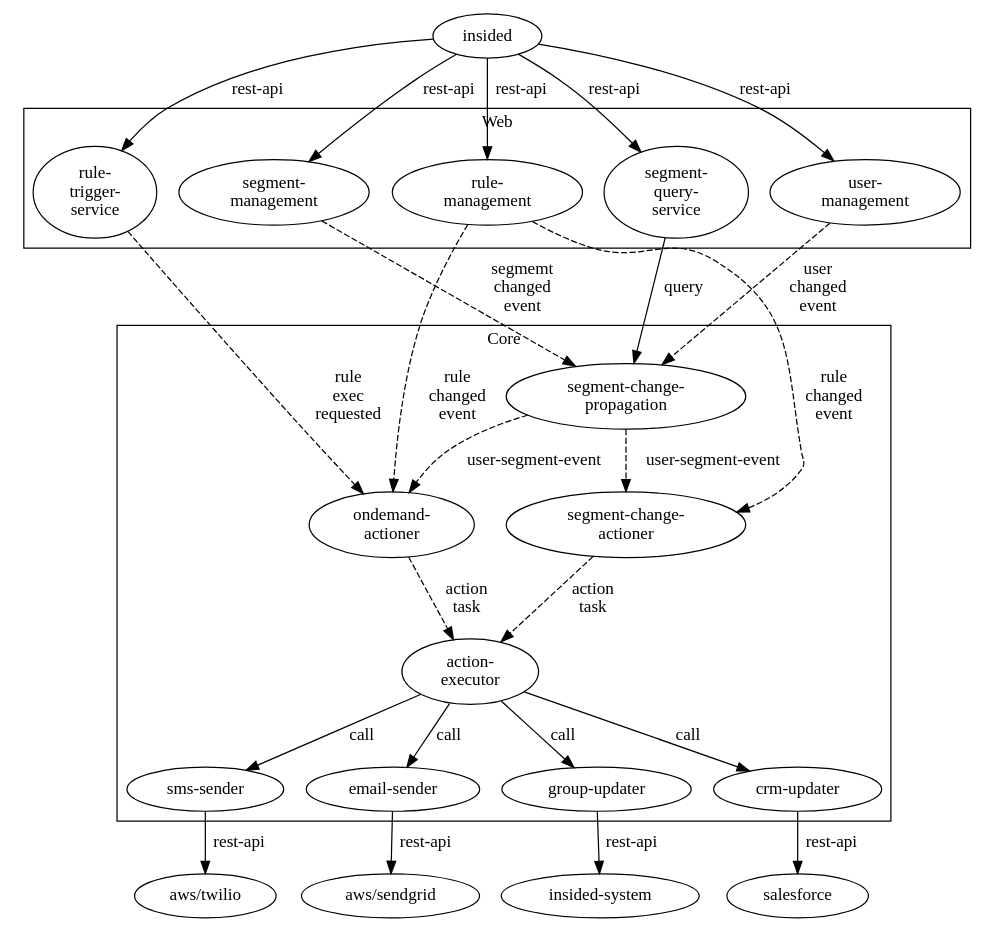
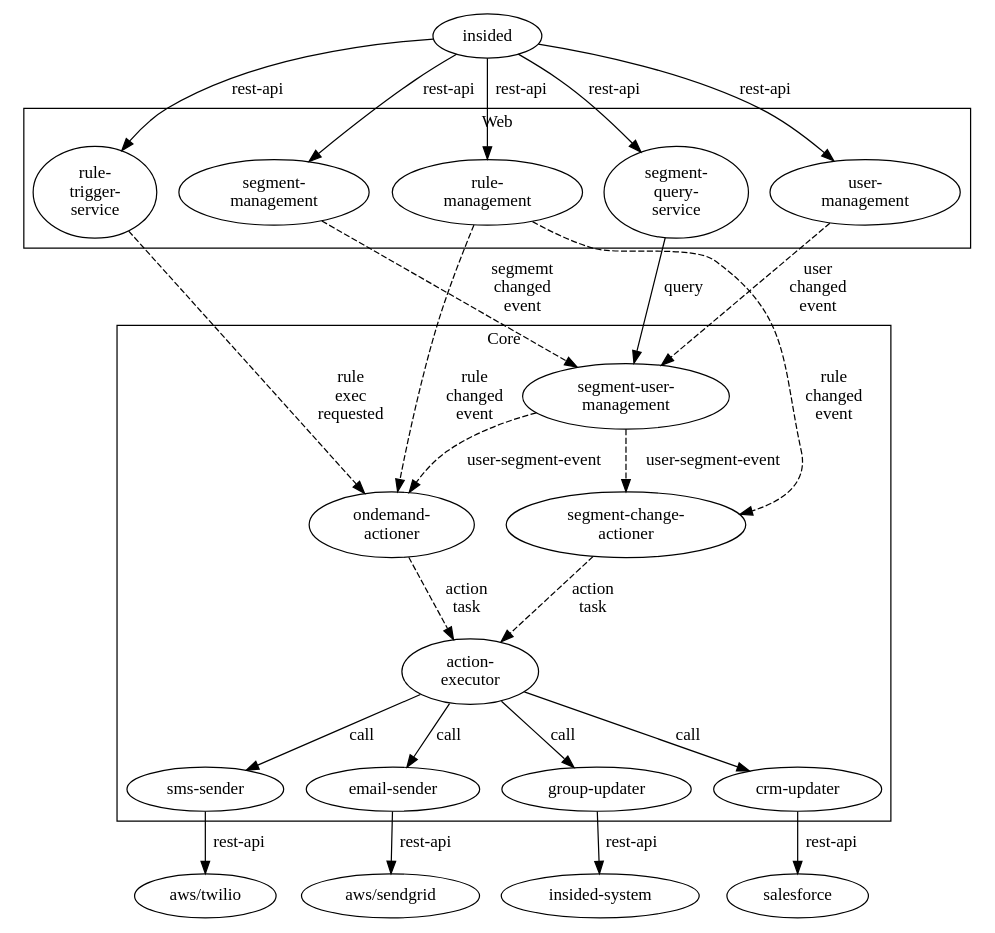
The diagram in doc/architecture.dot (MarcGrol/userautomation), drawn with Graphviz before and after one commit. The commit also changed 2 other files, not shown here.

```diff
--- a/doc/architecture.dot
+++ b/doc/architecture.dot
@@ -1,65 +1,65 @@
     digraph G {
     
       rankdir="TD"
       
       insided -> "rule-\ntrigger-\nservice" [label="rest-api"]
       insided -> "rule-\nmanagement" [label="rest-api"]
       insided -> "user-\nmanagement" [label="rest-api"]
       insided -> "segment-\nmanagement" [label="rest-api"]
       insided -> "segment-\nquery-\nservice" [label="rest-api"]
 
       subgraph cluster_Web {
           label = "Web"
           "rule-\ntrigger-\nservice"
           "rule-\nmanagement"
           "user-\nmanagement"
           "segment-\nmanagement"
           "segment-\nquery-\nservice"
       }
 
      subgraph cluster_Core {
           label = "Core"
           "ondemand-\nactioner"
-          "segment-change-\npropagation"
+          "segment-user-\nmanagement"
           "segment-change-\nactioner"
           "action-\nexecutor"
           "sms-sender"
           "email-sender"
           "group-updater"
           "crm-updater"
       }
 
       // subgraph cluster_External {
            //label = "External systems"
             "aws/sendgrid"
             "aws/twilio"
             "insided-system"
             "salesforce"
        // }
 
        "rule-\ntrigger-\nservice" -> "ondemand-\nactioner" [style=dashed, label="rule\nexec\nrequested"]
-      "segment-\nmanagement" -> "segment-change-\npropagation" [style=dashed, label="segmemt\nchanged\nevent"]
-      "segment-\nquery-\nservice" -> "segment-change-\npropagation" [label=query]
+      "segment-\nmanagement" -> "segment-user-\nmanagement" [style=dashed, label="segmemt\nchanged\nevent"]
+      "segment-\nquery-\nservice" -> "segment-user-\nmanagement" [label=query]
 
       "rule-\nmanagement" -> "ondemand-\nactioner" [style=dashed, label="rule\nchanged\nevent"]
 
-      "user-\nmanagement" -> "segment-change-\npropagation" [style=dashed, label="user\nchanged\nevent"]
-      "segment-change-\npropagation" -> "ondemand-\nactioner" [style=dashed, label="user-segment-event"]
+      "user-\nmanagement" -> "segment-user-\nmanagement" [style=dashed, label="user\nchanged\nevent"]
+      "segment-user-\nmanagement" -> "ondemand-\nactioner" [style=dashed, label="user-segment-event"]
 
-      "segment-change-\npropagation" -> "segment-change-\nactioner"  [style=dashed, label="user-segment-event"]
+      "segment-user-\nmanagement" -> "segment-change-\nactioner"  [style=dashed, label="user-segment-event"]
       "rule-\nmanagement" -> "segment-change-\nactioner" [style=dashed, label="rule\nchanged\nevent"]
       "segment-change-\nactioner" -> "action-\nexecutor" [style=dashed, label="action\ntask"]
 
       "ondemand-\nactioner" -> "action-\nexecutor" [style=dashed, label="action\ntask"]
 
       "action-\nexecutor" -> "sms-sender" [label=call]
       "action-\nexecutor" -> "email-sender" [label=call]
       "action-\nexecutor" -> "group-updater" [label=call]
       "action-\nexecutor" -> "crm-updater" [label=call]
 
       "email-sender" -> "aws/sendgrid" [label="rest-api"]
       "sms-sender" -> "aws/twilio" [label="rest-api"]
       "group-updater" -> "insided-system" [label="rest-api"]
       "crm-updater" -> "salesforce" [label="rest-api"]
 
     }
```
